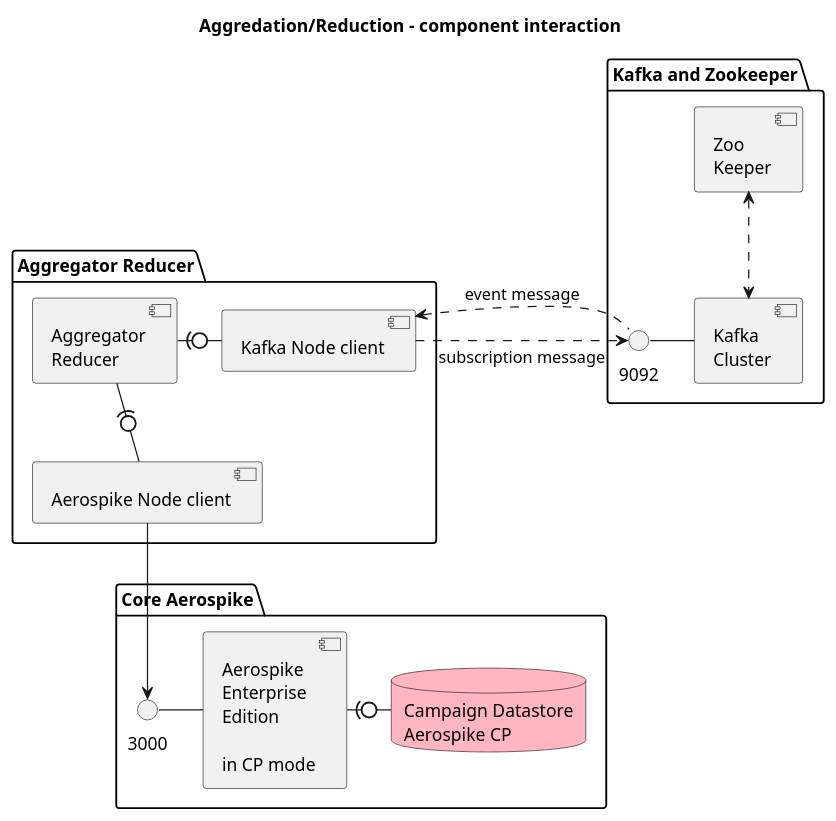
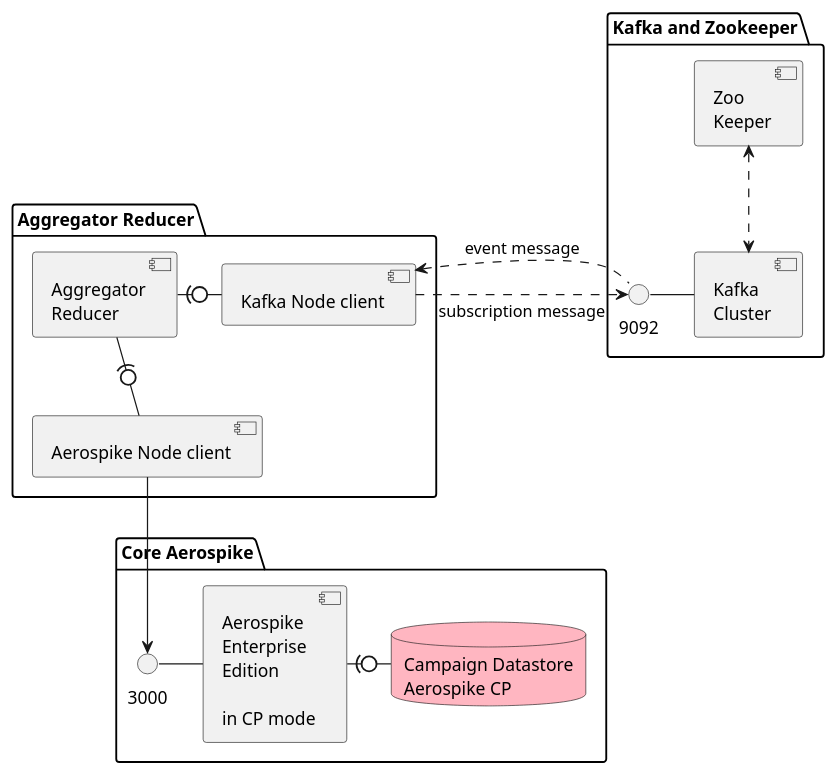
Before and after one commit to helipilot50/real-time-reporting-aerospike-kafka: the diagram in architecture/core-component-detail.puml, drawn with PlantUML. The commit also changed 1 other file, not shown here.

```diff
--- a/architecture/core-component-detail.puml
+++ b/architecture/core-component-detail.puml
@@ -1,35 +1,34 @@
 @startuml
 skinparam componentStyle uml2
 
-title Aggredation/Reduction - component interaction
 package "Aggregator Reducer" {
   component "Aerospike Node client" as asNodeCore
   component "Kafka Node client" as asNodeKafka
   component "Aggregator\nReducer" as aggReduce
   aggReduce -d(0- asNodeCore
    aggReduce -r(0- asNodeKafka
 }
 package "Core Aerospike" {
     () "3000" as ascSocket
     component "Aerospike\nEnterprise\nEdition\n\nin CP mode" as asCore
     ascSocket - asCore
     database "Campaign Datastore\nAerospike CP" as core #LightPink
     asCore -r(0- core
 }
 
 package "Kafka and Zookeeper" {
     () "9092" as kafClient
     component [Kafka\nCluster] as kafCluster
     kafClient - kafCluster
 
     component [Zoo\nKeeper] as zookeeper
 }
 
 asNodeKafka .r.> kafClient: subscription message
 asNodeKafka <.r. kafClient: event message
 asNodeCore --> ascSocket
 zookeeper <..> kafCluster
 
 
 
 @enduml
```
